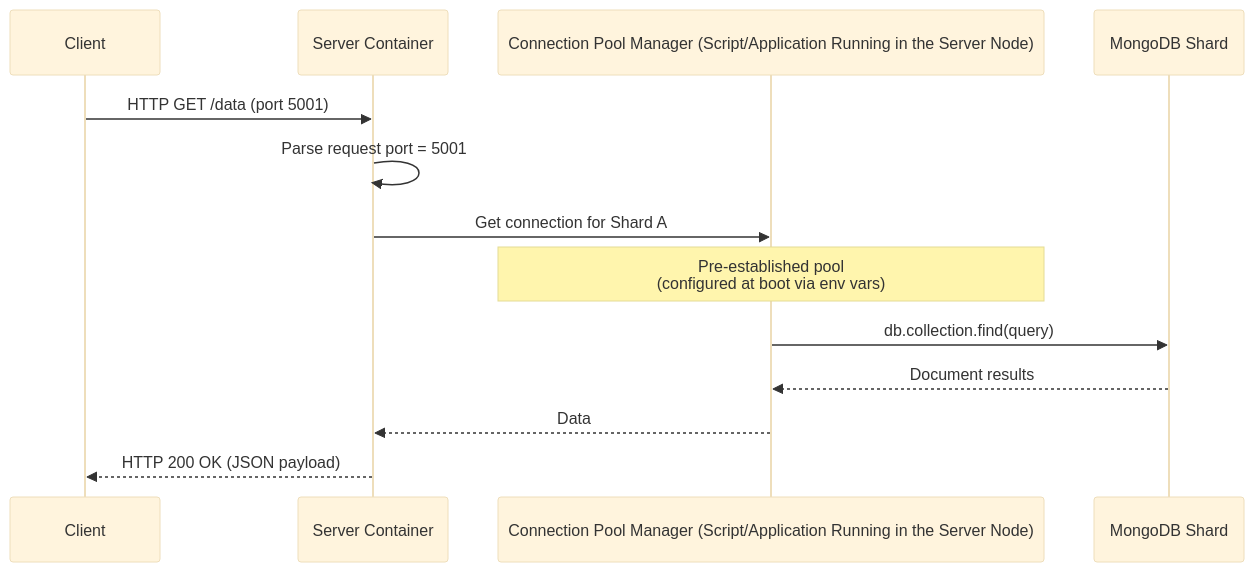
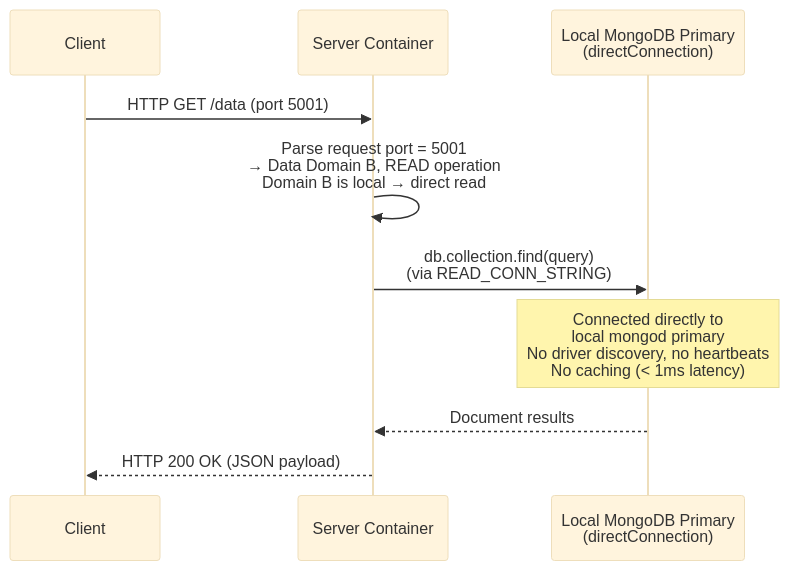
One commit to poioe20p/efficient-storage-in-edge-scenarios changed diagram 15 of 23 in docs/operation/system_mechanisms.md. Above: the diagram before and after it, drawn with Mermaid (base theme). The commit also changed other lines of this file and 25 other files, not shown here.

Commit message:
adapated the network scripts for new system and added a script to dynamically add a new node

````diff
--- a/docs/operation/system_mechanisms.md
+++ b/docs/operation/system_mechanisms.md
@@ -299,16 +659,13 @@
 ```mermaid
 sequenceDiagram
     participant Client
     participant Server as Server Container
-    participant Pool as Connection Pool Manager (Script/Application Running in the Server Node)
-    participant Mongo as MongoDB Shard
+    participant LocalMongo as Local MongoDB Primary<br/>(directConnection)
 
     Client->>Server: HTTP GET /data (port 5001)
-    Server->>Server: Parse request port = 5001
-    Server->>Pool: Get connection for Shard A
-    Note over Pool: Pre-established pool<br/>(configured at boot via env vars)
-    Pool->>Mongo: db.collection.find(query)
-    Mongo-->>Pool: Document results
-    Pool-->>Server: Data
+    Server->>Server: Parse request port = 5001<br/>→ Data Domain B, READ operation<br/>Domain B is local → direct read
+    Server->>LocalMongo: db.collection.find(query)<br/>(via READ_CONN_STRING)
+    Note over LocalMongo: Connected directly to<br/>local mongod primary<br/>No driver discovery, no heartbeats<br/>No caching (< 1ms latency)
+    LocalMongo-->>Server: Document results
     Server-->>Client: HTTP 200 OK (JSON payload)
 ```
````
